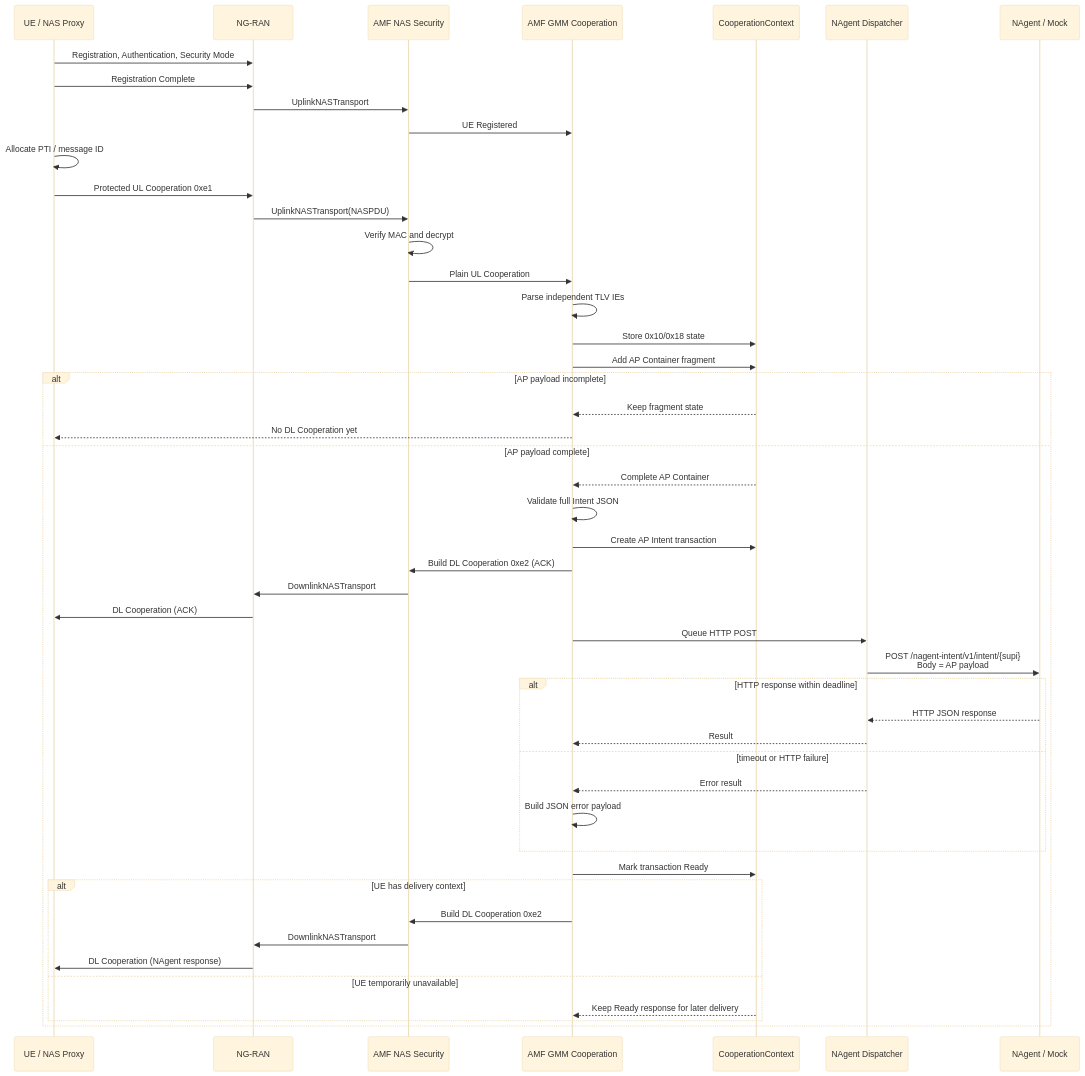
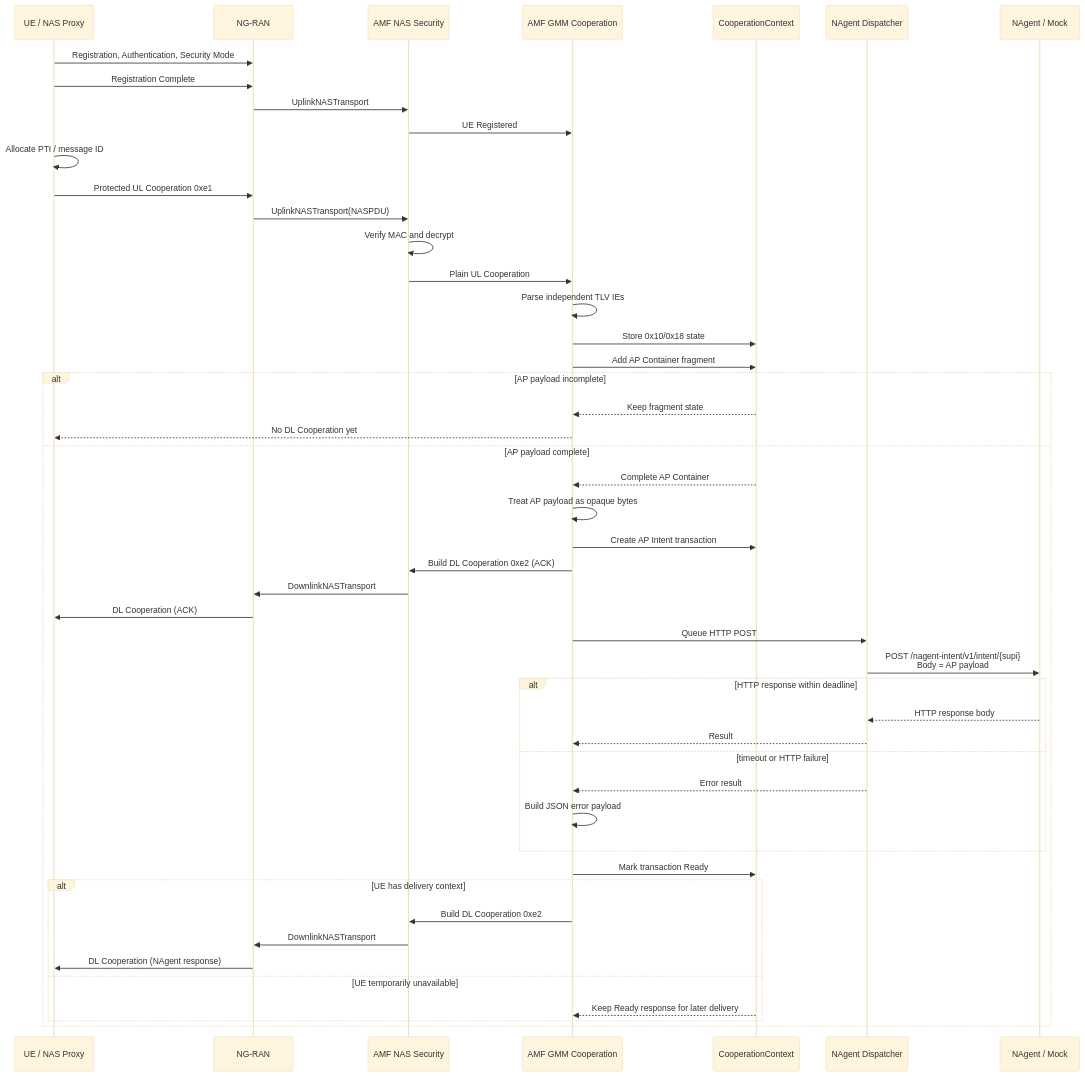
The first of 2 diagrams in docs/ap-intent-nagent-flow.md (acore2026/amf), drawn with Mermaid (base theme) before and after one commit. The commit also changed other lines of this file and 10 other files, not shown here.

Commit message:
feat: make NAgent AP payload forwarding opaque

````diff
--- a/docs/ap-intent-nagent-flow.md
+++ b/docs/ap-intent-nagent-flow.md
@@ -37,55 +24,55 @@
 ```mermaid
 sequenceDiagram
     participant UE as UE / NAS Proxy
     participant RAN as NG-RAN
     participant NAS as AMF NAS Security
     participant GMM as AMF GMM Cooperation
     participant CTX as CooperationContext
     participant HTTP as NAgent Dispatcher
     participant NAgent as NAgent / Mock
 
     UE->>RAN: Registration, Authentication, Security Mode
     UE->>RAN: Registration Complete
     RAN->>NAS: UplinkNASTransport
     NAS->>GMM: UE Registered
 
     UE->>UE: Allocate PTI / message ID
     UE->>RAN: Protected UL Cooperation 0xe1
     RAN->>NAS: UplinkNASTransport(NASPDU)
     NAS->>NAS: Verify MAC and decrypt
     NAS->>GMM: Plain UL Cooperation
     GMM->>GMM: Parse independent TLV IEs
     GMM->>CTX: Store 0x10/0x18 state
     GMM->>CTX: Add AP Container fragment
 
     alt AP payload incomplete
         CTX-->>GMM: Keep fragment state
         GMM-->>UE: No DL Cooperation yet
     else AP payload complete
         CTX-->>GMM: Complete AP Container
-        GMM->>GMM: Validate full Intent JSON
+        GMM->>GMM: Treat AP payload as opaque bytes
         GMM->>CTX: Create AP Intent transaction
         GMM->>NAS: Build DL Cooperation 0xe2 (ACK)
         NAS->>RAN: DownlinkNASTransport
         RAN->>UE: DL Cooperation (ACK)
         GMM->>HTTP: Queue HTTP POST
         HTTP->>NAgent: POST /nagent-intent/v1/intent/{supi}<br/>Body = AP payload
 
         alt HTTP response within deadline
-            NAgent-->>HTTP: HTTP JSON response
+            NAgent-->>HTTP: HTTP response body
             HTTP-->>GMM: Result
         else timeout or HTTP failure
             HTTP-->>GMM: Error result
             GMM->>GMM: Build JSON error payload
         end
 
         GMM->>CTX: Mark transaction Ready
         alt UE has delivery context
             GMM->>NAS: Build DL Cooperation 0xe2
             NAS->>RAN: DownlinkNASTransport
             RAN->>UE: DL Cooperation (NAgent response)
         else UE temporarily unavailable
             CTX-->>GMM: Keep Ready response for later delivery
         end
     end
 ```
````
